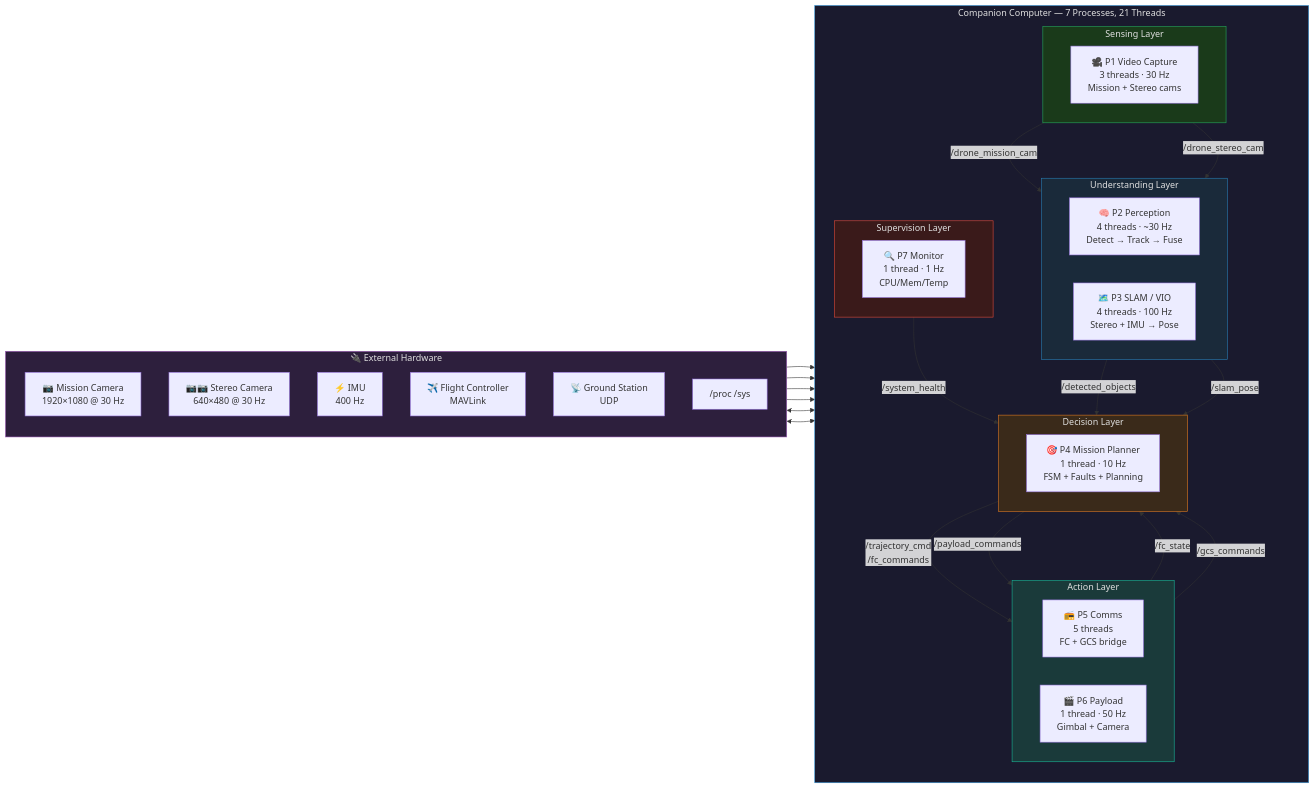
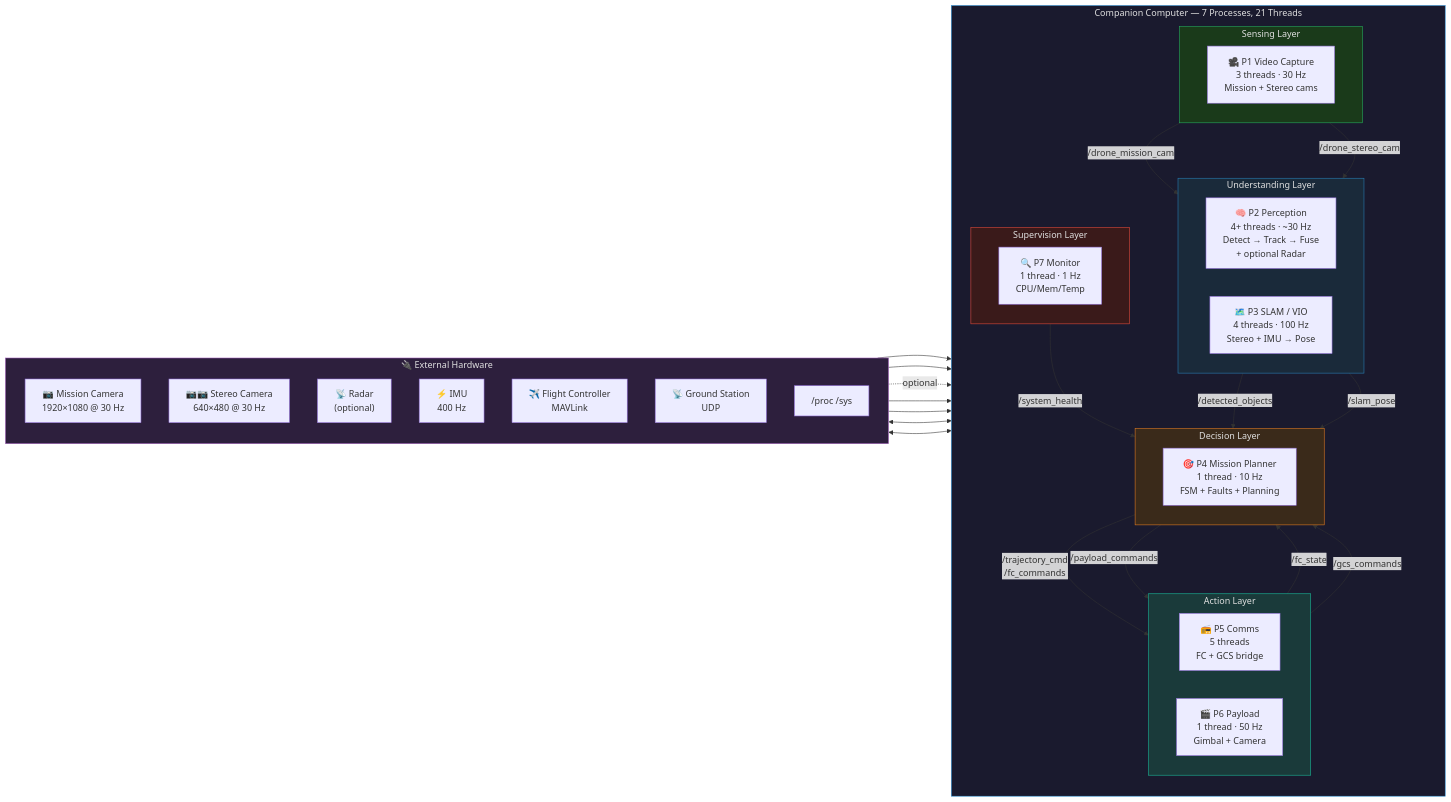
The first of 9 diagrams in README.md (nmohamaya/companion_software_stack), drawn with Mermaid before and after one commit. The commit also changed other lines of this file and 8 other files, not shown here.

````diff
--- a/README.md
+++ b/README.md
@@ -75,68 +75,70 @@
 ```mermaid
 graph LR
     subgraph Sensors["🔌 External Hardware"]
         direction TB
         MissionCam["📷 Mission Camera\n1920×1080 @ 30 Hz"]
         StereoCam["📷📷 Stereo Camera\n640×480 @ 30 Hz"]
+        Radar["📡 Radar\n(optional)"]
         IMU["⚡ IMU\n400 Hz"]
         FC["✈️ Flight Controller\nMAVLink"]
         GCS["📡 Ground Station\nUDP"]
         OS["/proc  /sys"]
     end
 
     subgraph Stack["Companion Computer — 7 Processes, 21 Threads"]
         direction TB
 
         subgraph Sense["Sensing Layer"]
             direction LR
             P1["🎥 P1 Video Capture\n3 threads · 30 Hz\nMission + Stereo cams"]
         end
 
         subgraph Understand["Understanding Layer"]
             direction LR
-            P2["🧠 P2 Perception\n4 threads · ~30 Hz\nDetect → Track → Fuse"]
+            P2["🧠 P2 Perception\n4+ threads · ~30 Hz\nDetect → Track → Fuse\n+ optional Radar"]
             P3["🗺️ P3 SLAM / VIO\n4 threads · 100 Hz\nStereo + IMU → Pose"]
         end
 
         subgraph Decide["Decision Layer"]
             direction LR
             P4["🎯 P4 Mission Planner\n1 thread · 10 Hz\nFSM + Faults + Planning"]
         end
 
         subgraph Act["Action Layer"]
             direction LR
             P5["📻 P5 Comms\n5 threads\nFC + GCS bridge"]
             P6["🎬 P6 Payload\n1 thread · 50 Hz\nGimbal + Camera"]
         end
 
         subgraph Watch["Supervision Layer"]
             direction LR
             P7["🔍 P7 Monitor\n1 thread · 1 Hz\nCPU/Mem/Temp"]
         end
     end
 
     MissionCam --> P1
     StereoCam --> P1
+    Radar -.->|"optional"| P2
     IMU --> P3
     OS --> P7
     FC <--> P5
     GCS <--> P5
 
     P1 -->|"/drone_mission_cam"| P2
     P1 -->|"/drone_stereo_cam"| P3
     P2 -->|"/detected_objects"| P4
     P3 -->|"/slam_pose"| P4
     P5 -->|"/fc_state"| P4
     P5 -->|"/gcs_commands"| P4
     P7 -->|"/system_health"| P4
     P4 -->|"/trajectory_cmd\n/fc_commands"| P5
     P4 -->|"/payload_commands"| P6
 
     style Sensors fill:#2d1f3d,stroke:#9b59b6,color:#e0e0e0
     style Stack fill:#1a1a2e,stroke:#3498db,color:#e0e0e0
     style Sense fill:#1a3a1a,stroke:#27ae60,color:#e0e0e0
     style Understand fill:#1a2a3a,stroke:#2980b9,color:#e0e0e0
     style Decide fill:#3a2a1a,stroke:#e67e22,color:#e0e0e0
     style Act fill:#1a3a3a,stroke:#1abc9c,color:#e0e0e0
     style Watch fill:#3a1a1a,stroke:#e74c3c,color:#e0e0e0
 ```
````
